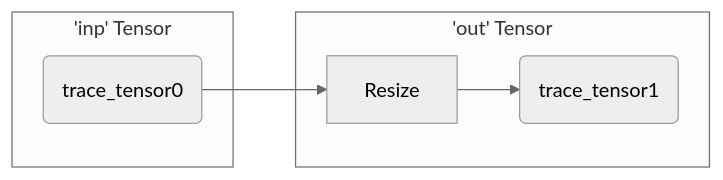
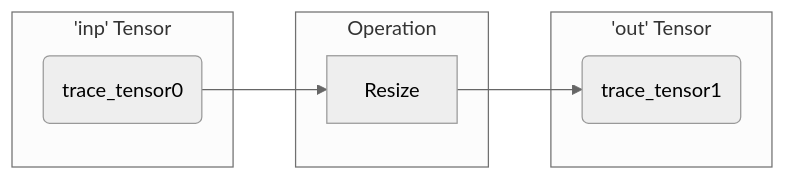
One commit to NVIDIA/TensorRT-Incubator changed the second of 2 diagrams in tripy/docs/post0_developer_guides/00-architecture.md. Above: the diagram before and after it, drawn with Mermaid. The commit also changed other lines of this file, not shown here.

````diff
--- a/tripy/docs/post0_developer_guides/00-architecture.md
+++ b/tripy/docs/post0_developer_guides/00-architecture.md
@@ -85,12 +83,15 @@
 ```mermaid
 %%{init: {'theme':'neutral'}}%%
 graph LR
     subgraph "'inp' Tensor"
         A(trace_tensor0)
     end
 
+    subgraph "Operation"
+    A --> B[Resize]
+    end
+
     subgraph "'out' Tensor"
-        A --> B[Resize]
         B --> C(trace_tensor1)
     end
 ```
````
